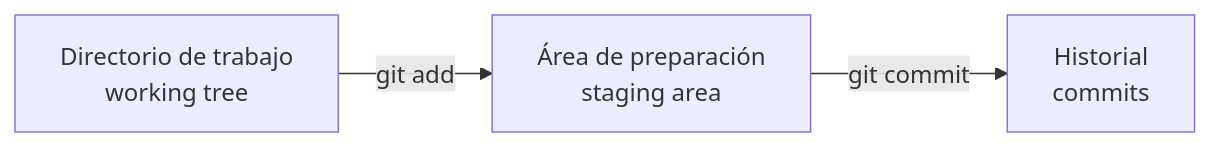
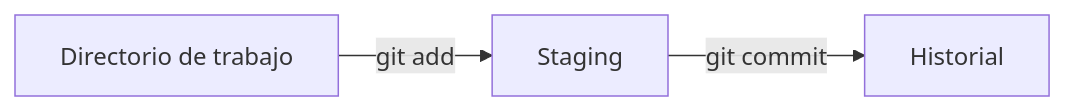
The second of 4 diagrams in docs/tema1/control-versiones-documentacion.md (alejandroroig/despliegue-daw), drawn with Mermaid before and after one commit. The commit also changed other lines of this file and 7 other files, not shown here.

````diff
--- a/docs/tema1/control-versiones-documentacion.md
+++ b/docs/tema1/control-versiones-documentacion.md
@@ -70,5 +38,5 @@
 ```mermaid
 flowchart LR
-    W["Directorio de trabajo<br/>working tree"] -->|"git add"| S["Área de preparación<br/>staging area"]
-    S -->|"git commit"| H["Historial<br/>commits"]
+    W["Directorio de trabajo"] -->|"git add"| S["Staging"]
+    S -->|"git commit"| H["Historial"]
 ```
````
